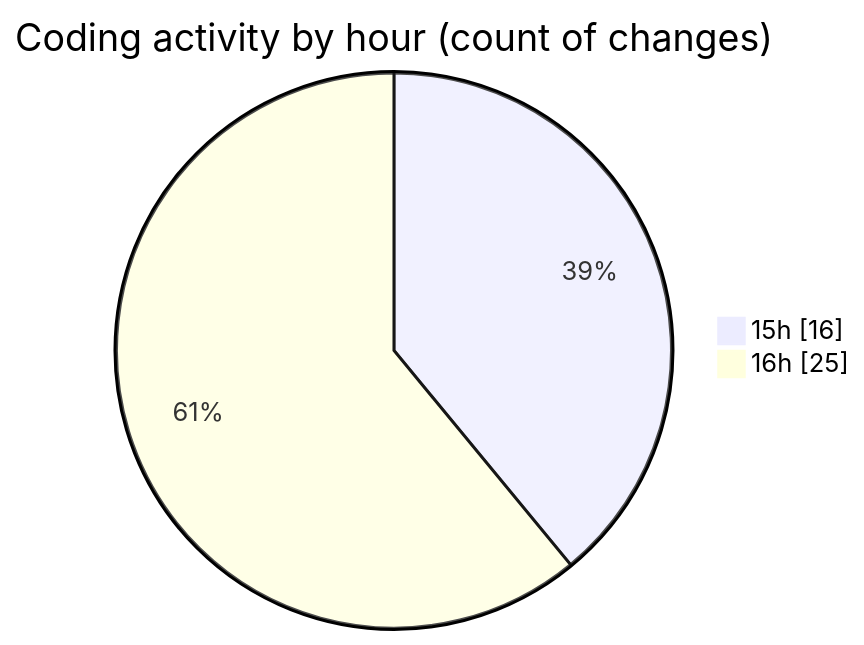
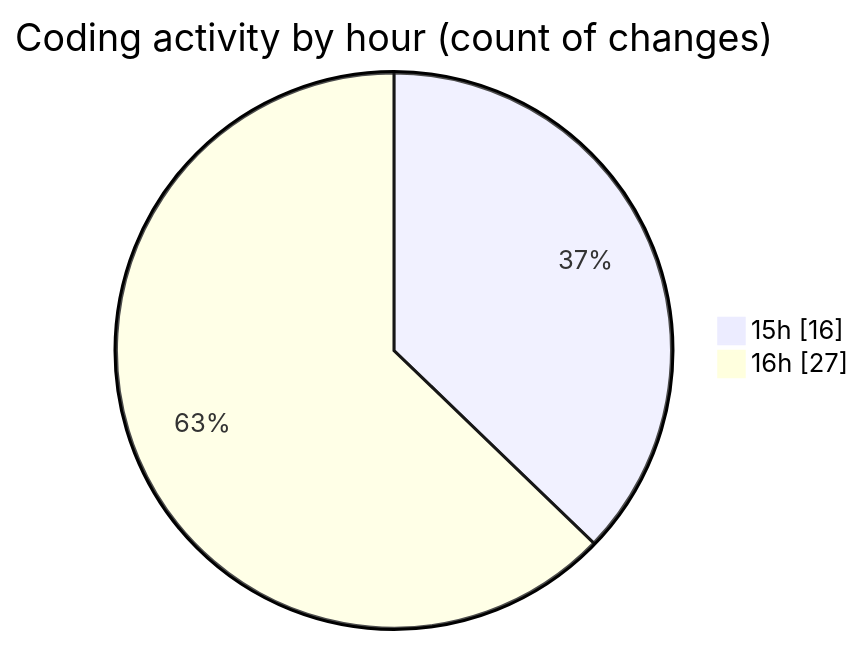
Before and after one commit to mevix1/code-tracking: the second of 2 diagrams in 2025-10-01/oura-api/README.md, drawn with Mermaid. The commit also changed other lines of this file and 1 other file, not shown here.

````diff
--- a/2025-10-01/oura-api/README.md
+++ b/2025-10-01/oura-api/README.md
@@ -58,6 +60,6 @@
 ```mermaid
 pie showData
 title Coding activity by hour (count of changes)
 "15h" : 16
-"16h" : 25
+"16h" : 27
 ```
````
